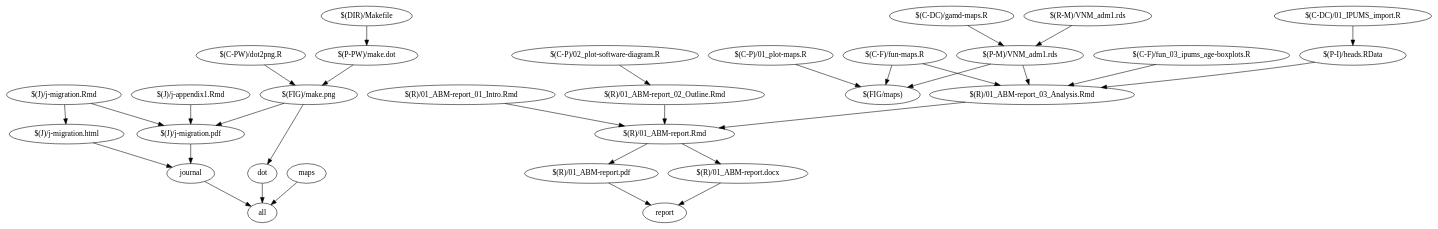
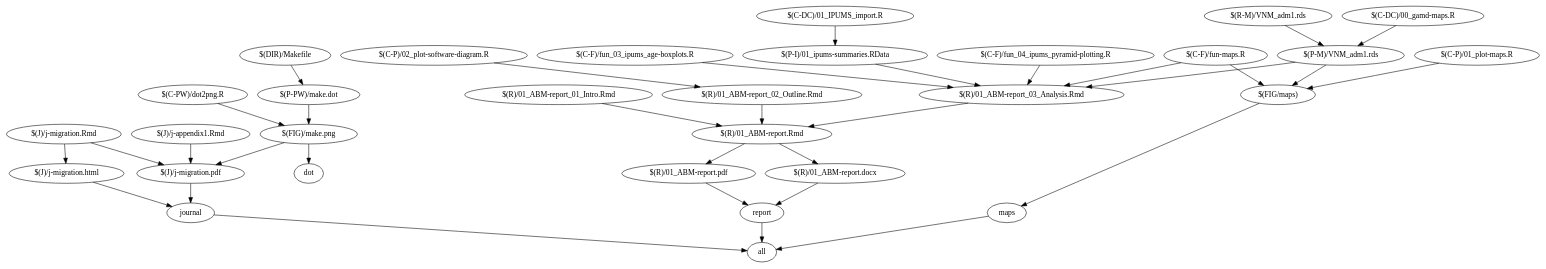
One commit to majazaloznik/vn changed the diagram in data/processed/project-wide/make.dot. Above: the diagram before and after it, drawn with Graphviz. The commit also changed 4 other files, not shown here.

```diff
--- a/data/processed/project-wide/make.dot
+++ b/data/processed/project-wide/make.dot
@@ -1,51 +1,54 @@
 digraph G {
 	rankdir="TB"
 	"all"
 	"journal" -> "all"
 	"maps" -> "all"
-	"dot" -> "all"
+	"report" -> "all"
 	"journal"
 	"$(J)/j-migration.pdf" -> "journal"
 	"$(J)/j-migration.html" -> "journal"
 	"$(J)/j-migration.html"
 	"$(J)/j-migration.Rmd" -> "$(J)/j-migration.html"
 	"$(J)/j-migration.pdf"
 	"$(J)/j-migration.Rmd" -> "$(J)/j-migration.pdf"
 	"$(J)/j-appendix1.Rmd" -> "$(J)/j-migration.pdf"
 	"$(FIG)/make.png" -> "$(J)/j-migration.pdf"
 	"dot"
 	"$(FIG)/make.png" -> "dot"
 	"$(FIG)/make.png"
 	"$(C-PW)/dot2png.R" -> "$(FIG)/make.png"
 	"$(P-PW)/make.dot" -> "$(FIG)/make.png"
 	"$(P-PW)/make.dot"
 	"$(DIR)/Makefile" -> "$(P-PW)/make.dot"
 	"report"
 	"$(R)/01_ABM-report.pdf" -> "report"
 	"$(R)/01_ABM-report.docx" -> "report"
 	"$(R)/01_ABM-report.pdf"
 	"$(R)/01_ABM-report.Rmd" -> "$(R)/01_ABM-report.pdf"
 	"$(R)/01_ABM-report.docx"
 	"$(R)/01_ABM-report.Rmd" -> "$(R)/01_ABM-report.docx"
 	"$(R)/01_ABM-report.Rmd"
 	"$(R)/01_ABM-report_01_Intro.Rmd" -> "$(R)/01_ABM-report.Rmd"
 	"$(R)/01_ABM-report_02_Outline.Rmd" -> "$(R)/01_ABM-report.Rmd"
 	"$(R)/01_ABM-report_03_Analysis.Rmd" -> "$(R)/01_ABM-report.Rmd"
 	"$(R)/01_ABM-report_02_Outline.Rmd"
 	"$(C-P)/02_plot-software-diagram.R" -> "$(R)/01_ABM-report_02_Outline.Rmd"
 	"$(R)/01_ABM-report_03_Analysis.Rmd"
 	"$(P-M)/VNM_adm1.rds" -> "$(R)/01_ABM-report_03_Analysis.Rmd"
 	"$(C-F)/fun-maps.R" -> "$(R)/01_ABM-report_03_Analysis.Rmd"
 	"$(C-F)/fun_03_ipums_age-boxplots.R" -> "$(R)/01_ABM-report_03_Analysis.Rmd"
-	"$(P-I)/heads.RData" -> "$(R)/01_ABM-report_03_Analysis.Rmd"
-	"$(P-I)/heads.RData"
-	"$(C-DC)/01_IPUMS_import.R" -> "$(P-I)/heads.RData"
+	"$(P-I)/01_ipums-summaries.RData" -> "$(R)/01_ABM-report_03_Analysis.Rmd"
+	"$(C-F)/fun_04_ipums_pyramid-plotting.R" -> "$(R)/01_ABM-report_03_Analysis.Rmd"
+	"$(P-I)/01_ipums-summaries.RData"
+	"$(C-DC)/01_IPUMS_import.R" -> "$(P-I)/01_ipums-summaries.RData"
+	"maps"
+	"$(FIG/maps)" -> "maps"
 	"$(FIG/maps)"
 	"$(C-P)/01_plot-maps.R" -> "$(FIG/maps)"
 	"$(P-M)/VNM_adm1.rds" -> "$(FIG/maps)"
 	"$(C-F)/fun-maps.R" -> "$(FIG/maps)"
 	"$(P-M)/VNM_adm1.rds"
-	"$(C-DC)/gamd-maps.R" -> "$(P-M)/VNM_adm1.rds"
+	"$(C-DC)/00_gamd-maps.R" -> "$(P-M)/VNM_adm1.rds"
 	"$(R-M)/VNM_adm1.rds" -> "$(P-M)/VNM_adm1.rds"
 	"$(R-M)/VNM_adm1.rds"
 }
```
